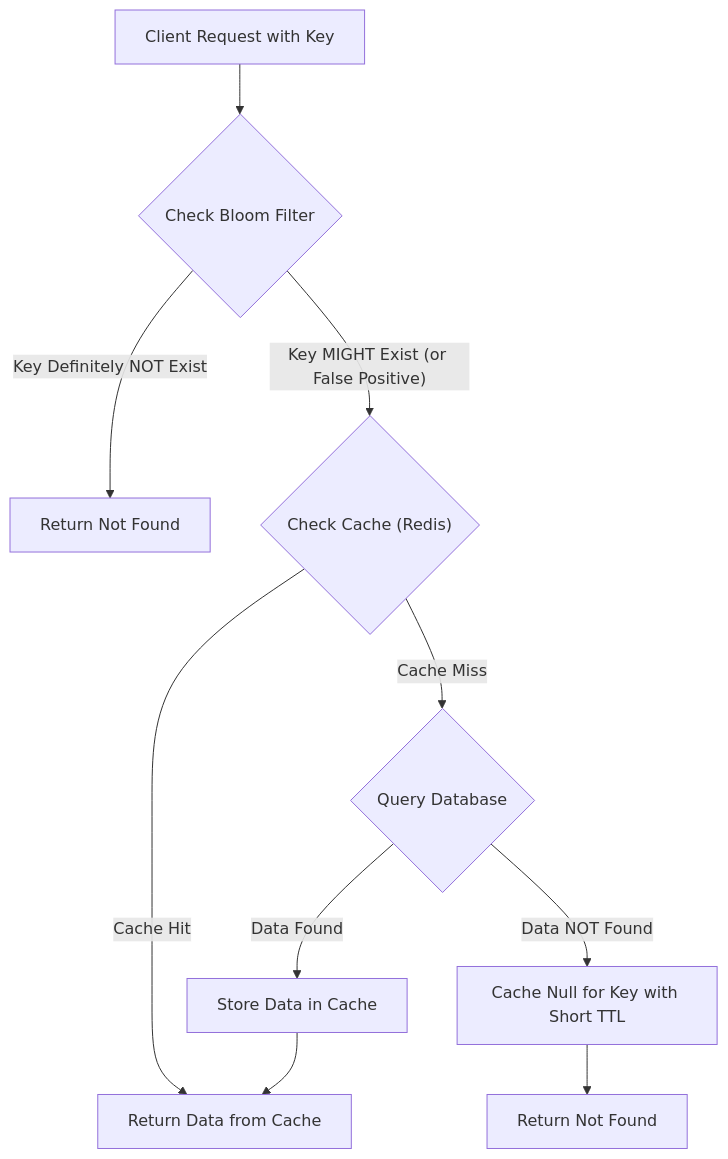
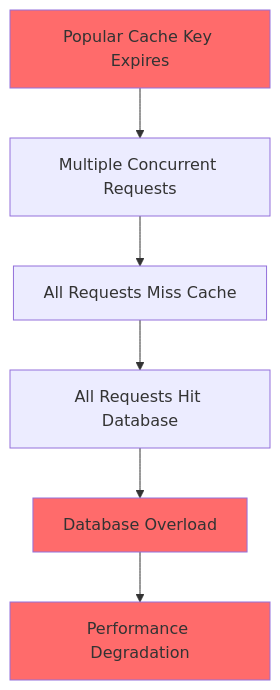
One commit to shayne007/blog changed the second of 3 diagrams in source/_posts/Redis-Cache-Problems-Penetration-Breakdown-and-Avalanche.md. Above: the diagram before and after it, drawn with Mermaid. The commit also changed other lines of this file, not shown here.

Commit message:
update redis cache problem

```diff
--- a/source/_posts/Redis-Cache-Problems-Penetration-Breakdown-and-Avalanche.md
+++ b/source/_posts/Redis-Cache-Problems-Penetration-Breakdown-and-Avalanche.md
@@ -105,11 +211,11 @@
-{% mermaid flowchart TD %}
-    A[Client Request with Key] --> B{Check Bloom Filter};
-    B -- "Key Definitely NOT Exist" --> C[Return Not Found];
-    B -- "Key MIGHT Exist (or False Positive)" --> D{"Check Cache (Redis)"};
-    D -- "Cache Hit" --> E[Return Data from Cache];
-    D -- "Cache Miss" --> F{Query Database};
-    F -- "Data Found" --> G[Store Data in Cache];
-    G --> E;
-    F -- "Data NOT Found" --> H[Cache Null for Key with Short TTL];
-    H --> I[Return Not Found];
+{% mermaid graph %}
+    A[Popular Cache Key Expires] --> B[Multiple Concurrent Requests]
+    B --> C[All Requests Miss Cache]
+    C --> D[All Requests Hit Database]
+    D --> E[Database Overload]
+    E --> F[Performance Degradation]
+    
+    style A fill:#ff6b6b
+    style E fill:#ff6b6b
+    style F fill:#ff6b6b
 {% endmermaid %}
```
